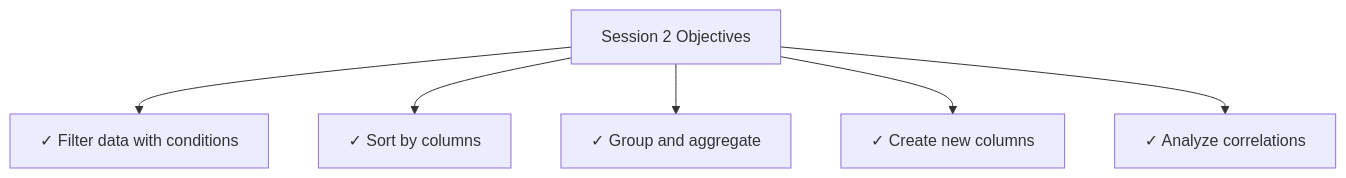
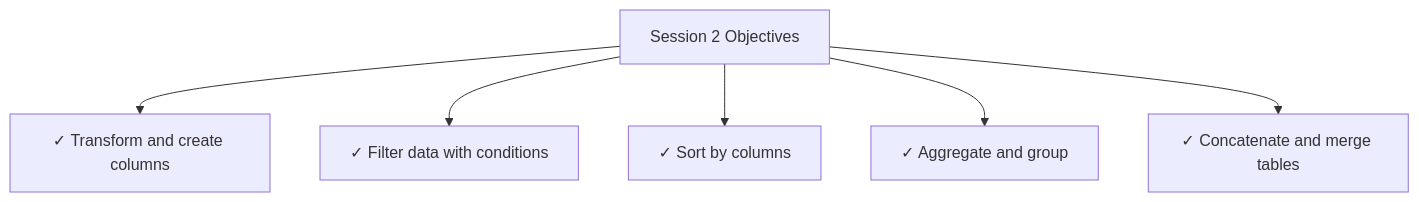
The tenth of 11 diagrams in module-bd/DOCUMENTATION.md (iportilla/CItraining), drawn with Mermaid before and after one commit. The commit also changed other lines of this file and 4 other files, not shown here.

````diff
--- a/module-bd/DOCUMENTATION.md
+++ b/module-bd/DOCUMENTATION.md
@@ -798,9 +1236,9 @@
 ```mermaid
 graph TB
     A["Session 2 Objectives"]
-    A --> B["✓ Filter data with conditions"]
-    A --> C["✓ Sort by columns"]
-    A --> D["✓ Group and aggregate"]
-    A --> E["✓ Create new columns"]
-    A --> F["✓ Analyze correlations"]
+    A --> B["✓ Transform and create columns"]
+    A --> C["✓ Filter data with conditions"]
+    A --> D["✓ Sort by columns"]
+    A --> E["✓ Aggregate and group"]
+    A --> F["✓ Concatenate and merge tables"]
 ```
````
